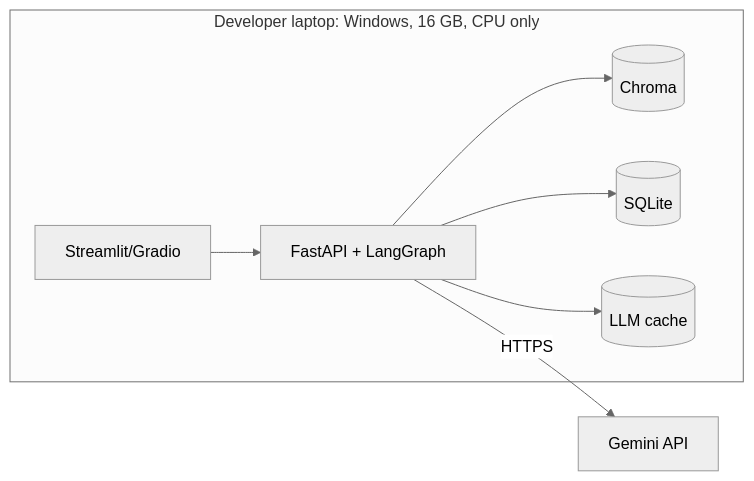
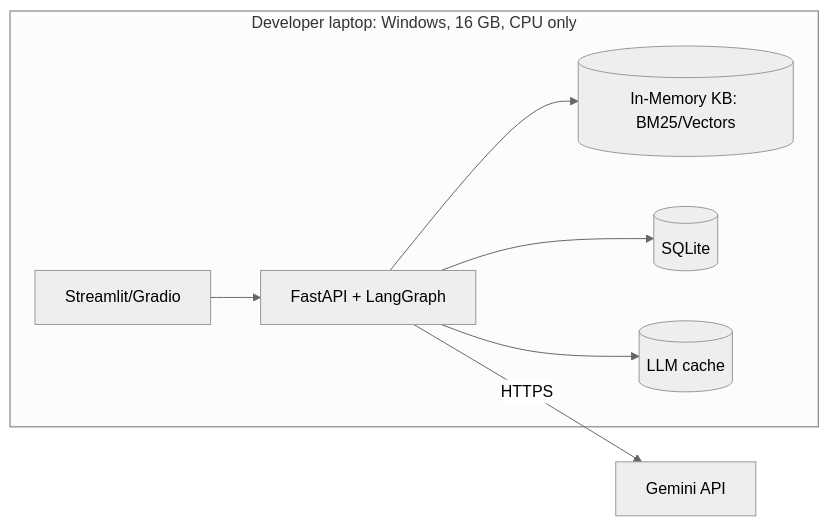
One commit to tb-repo/scamsaathi changed the sixth of 6 diagrams in docs/04-architecture.md. Above: the diagram before and after it, drawn with Mermaid (neutral theme). The commit also changed other lines of this file and 4 other files, not shown here.

````diff
--- a/docs/04-architecture.md
+++ b/docs/04-architecture.md
@@ -191,10 +191,10 @@
 ```mermaid
 flowchart LR
     subgraph Laptop[Developer laptop: Windows, 16 GB, CPU only]
         UI2[Streamlit/Gradio] --> API2[FastAPI + LangGraph]
-        API2 --> CH[(Chroma)]
+        API2 --> KB[(In-Memory KB: BM25/Vectors)]
         API2 --> SQ[(SQLite)]
         API2 --> CA[(LLM cache)]
     end
     API2 -->|HTTPS| GEM2[Gemini API]
 ```
````
